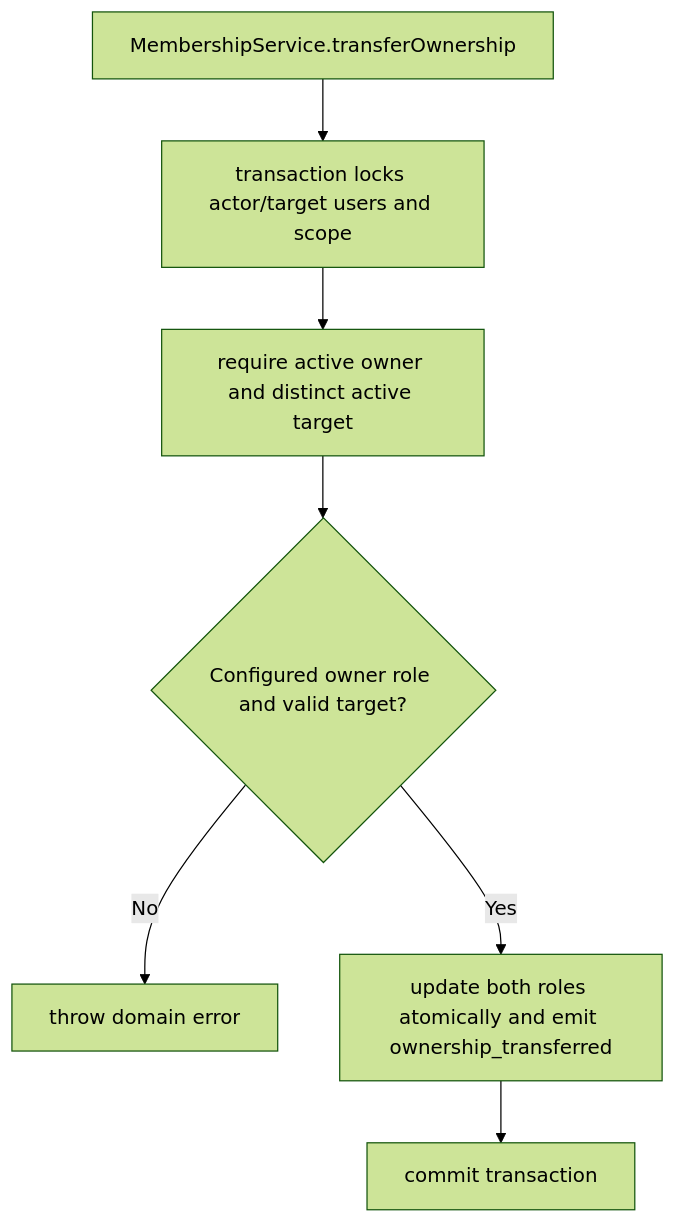
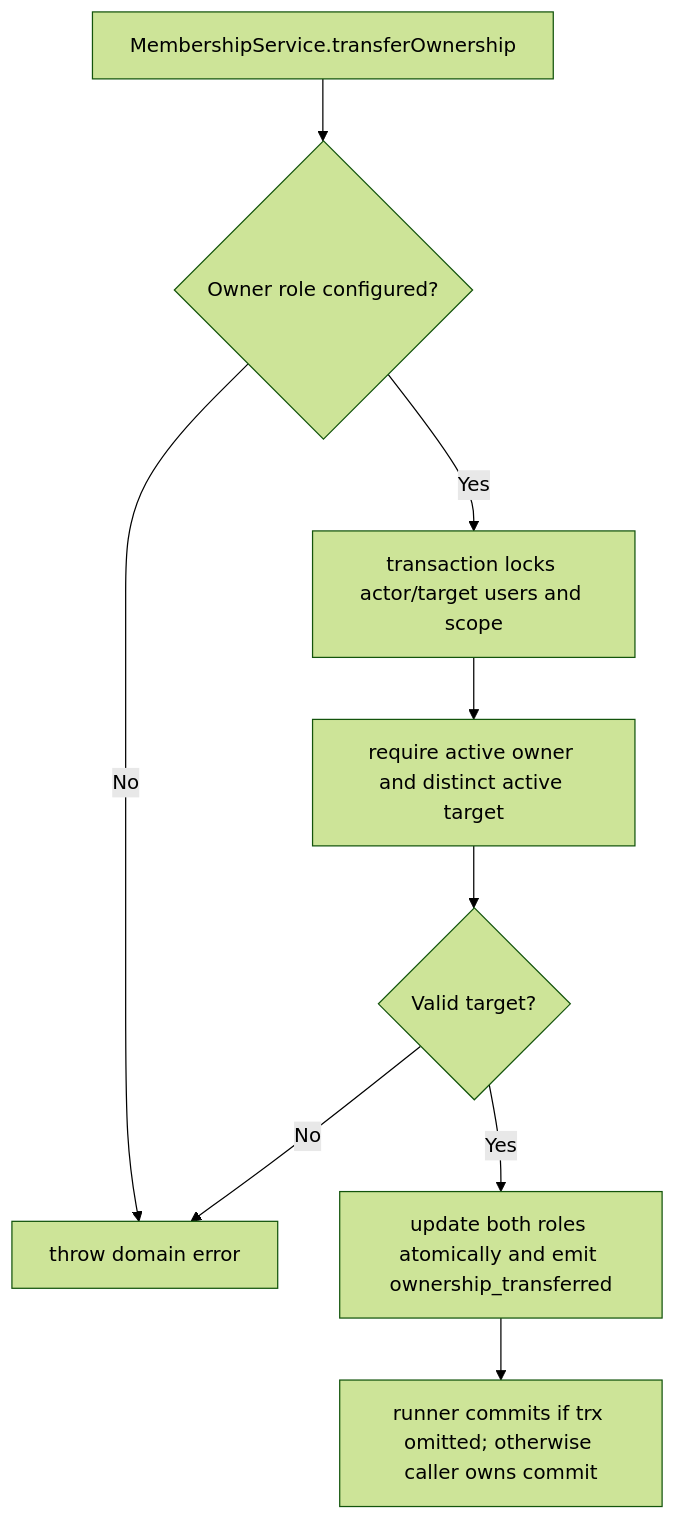
Before and after one commit to Kevinjohn/oss-adonisjs-access-control: the second of 2 diagrams in user-stories/US-ACCESS-08-transfer-ownership.md, drawn with Mermaid (forest theme). The commit also changed other lines of this file and 7 other files, not shown here.

Commit message:
docs: correct catalogue behavior and recovery flows

````diff
--- a/user-stories/US-ACCESS-08-transfer-ownership.md
+++ b/user-stories/US-ACCESS-08-transfer-ownership.md
@@ -31,9 +31,11 @@
 ```mermaid
 flowchart TD
-    A["MembershipService.transferOwnership"] --> B["transaction locks actor/target users and scope"]
+    A["MembershipService.transferOwnership"] --> O{"Owner role configured?"}
+    O -->|No| E["throw domain error"]
+    O -->|Yes| B["transaction locks actor/target users and scope"]
     B --> C["require active owner and distinct active target"]
-    C --> D{"Configured owner role and valid target?"}
+    C --> D{"Valid target?"}
     D -->|No| E["throw domain error"]
     D -->|Yes| F["update both roles atomically and emit ownership_transferred"]
-    F --> G["commit transaction"]
+    F --> G["runner commits if trx omitted; otherwise caller owns commit"]
 ```
````
